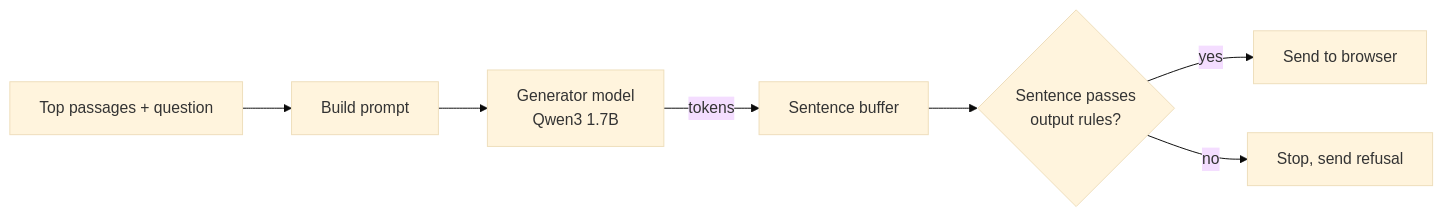
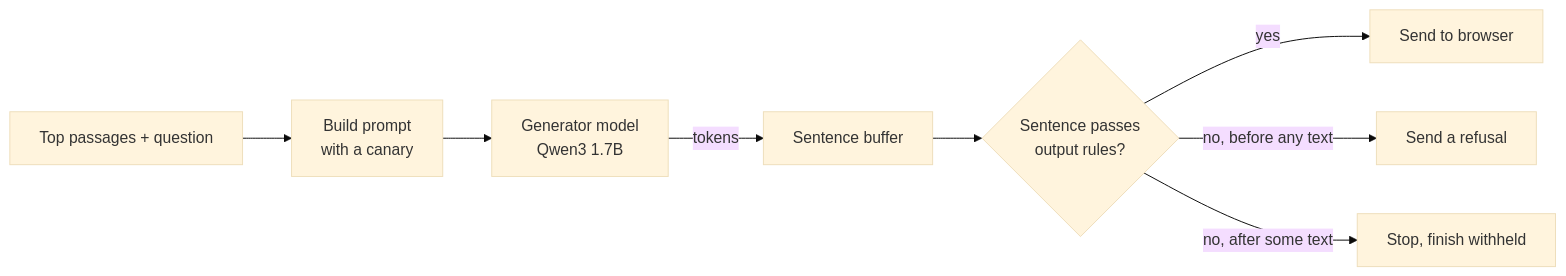
Before and after one commit to markbarbuto/vitae-ai: the diagram in docs/learn/diagrams/sd-05-sentence-checked-answer.mmd, drawn with Mermaid (base theme). The commit also changed 121 other files, not shown here.

```diff
--- a/docs/learn/diagrams/sd-05-sentence-checked-answer.mmd
+++ b/docs/learn/diagrams/sd-05-sentence-checked-answer.mmd
@@ -1,7 +1,8 @@
 flowchart LR
-  Top["Top passages + question"] --> Prompt["Build prompt"]
+  Top["Top passages + question"] --> Prompt["Build prompt<br/>with a canary"]
   Prompt --> Gen["Generator model<br/>Qwen3 1.7B"]
   Gen -->|"tokens"| Buffer["Sentence buffer"]
   Buffer --> Check{"Sentence passes<br/>output rules?"}
   Check -->|"yes"| Out["Send to browser"]
-  Check -->|"no"| Stop["Stop, send refusal"]
+  Check -->|"no, before any text"| Refuse["Send a refusal"]
+  Check -->|"no, after some text"| Stop["Stop, finish withheld"]
```
